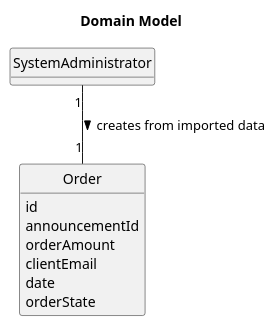
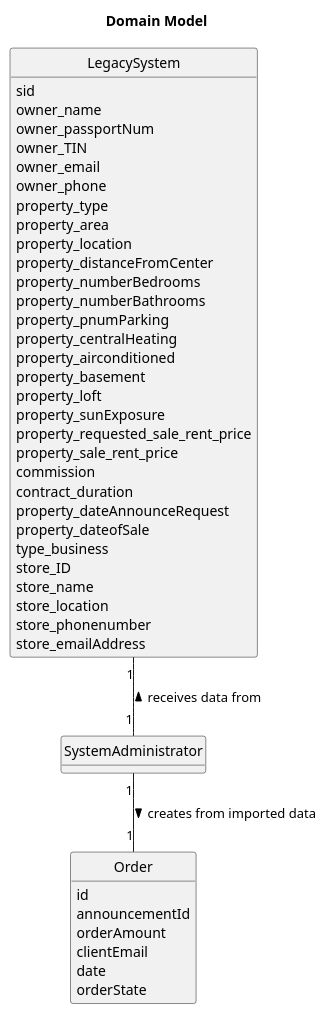
One commit to Goncalves2525/real-estate-management-system changed the diagram in docs/sprintD/us012/02.analysis/puml/us012-domain-model.puml. Above: the diagram before and after it, drawn with PlantUML. The commit also changed 12 other files, not shown here.

```diff
--- a/docs/sprintD/us012/02.analysis/puml/us012-domain-model.puml
+++ b/docs/sprintD/us012/02.analysis/puml/us012-domain-model.puml
@@ -1,25 +1,61 @@
 @startuml
 skinparam monochrome true
 skinparam packageStyle rectangle
 skinparam shadowing false
 
 'left to right direction
 
 skinparam classAttributeIconSize 0
 
 hide circle
 hide methods
 
 title Domain Model
 
 class Order{
     id
     announcementId
     orderAmount
     clientEmail
     date
     orderState
 }
+
+class LegacySystem{
+    sid
+    owner_name
+    owner_passportNum
+    owner_TIN
+    owner_email
+    owner_phone
+    property_type
+    property_area
+    property_location
+    property_distanceFromCenter
+    property_numberBedrooms
+    property_numberBathrooms
+    property_pnumParking
+    property_centralHeating
+    property_airconditioned
+    property_basement
+    property_loft
+    property_sunExposure
+    property_requested_sale_rent_price
+    property_sale_rent_price
+    commission
+    contract_duration
+    property_dateAnnounceRequest
+    property_dateofSale
+    type_business
+    store_ID
+    store_name
+    store_location
+    store_phonenumber
+    store_emailAddress
+}
+
+
+LegacySystem "1" -- "1" SystemAdministrator : receives data from <
 SystemAdministrator "1" -- "1" Order : creates from imported data >
 
 @enduml
```
